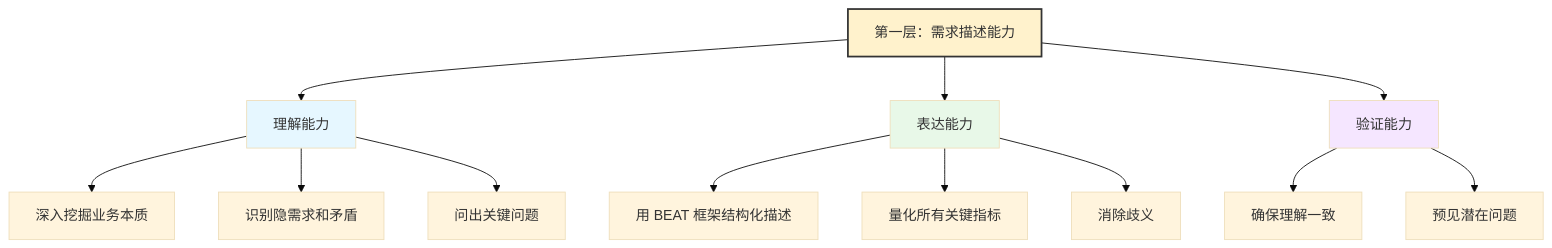
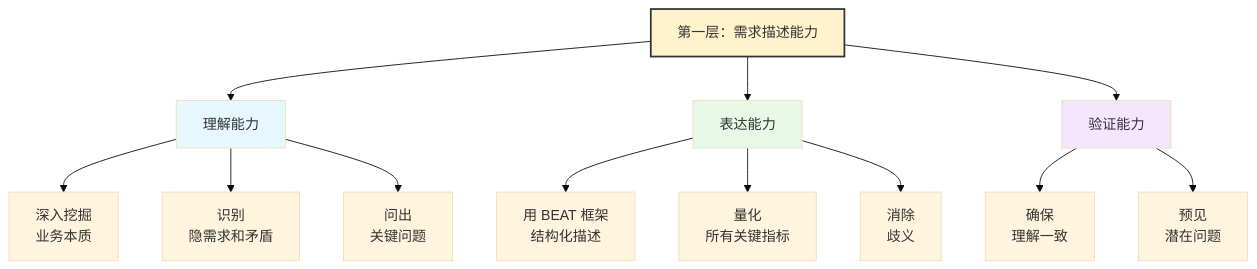
One commit to microwind/algorithms changed the seventh of 17 diagrams in start-here/AI-Era-Programmers-as-Agent-Engineers.md. Above: the diagram before and after it, drawn with Mermaid (base theme). The commit also changed other lines of this file and 3 other files, not shown here.

````diff
--- a/start-here/AI-Era-Programmers-as-Agent-Engineers.md
+++ b/start-here/AI-Era-Programmers-as-Agent-Engineers.md
@@ -362,24 +362,24 @@
 ```mermaid
 graph TD
     A["第一层：需求描述能力"]
 
     A --> B["理解能力"]
     A --> C["表达能力"]
     A --> D["验证能力"]
 
-    B --> B1["深入挖掘业务本质"]
-    B --> B2["识别隐需求和矛盾"]
-    B --> B3["问出关键问题"]
+    B --> B1["深入挖掘<br>业务本质"]
+    B --> B2["识别<br>隐需求和矛盾"]
+    B --> B3["问出<br>关键问题"]
 
-    C --> C1["用 BEAT 框架结构化描述"]
-    C --> C2["量化所有关键指标"]
-    C --> C3["消除歧义"]
+    C --> C1["用 BEAT 框架<br>结构化描述"]
+    C --> C2["量化<br>所有关键指标"]
+    C --> C3["消除<br>歧义"]
 
-    D --> D1["确保理解一致"]
-    D --> D2["预见潜在问题"]
+    D --> D1["确保<br>理解一致"]
+    D --> D2["预见<br>潜在问题"]
 
     style A fill:#FFF2CC,stroke:#333,stroke-width:2px
     style B fill:#E6F7FF
     style C fill:#E8F8E8
     style D fill:#F5E6FF
 ```
````
